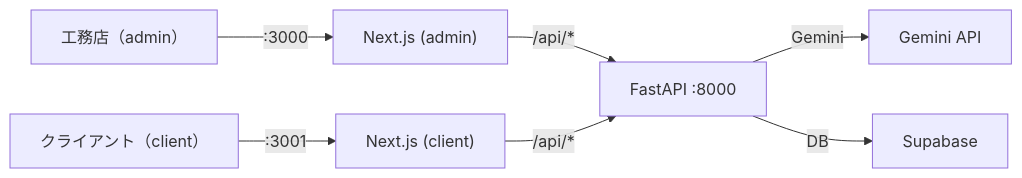
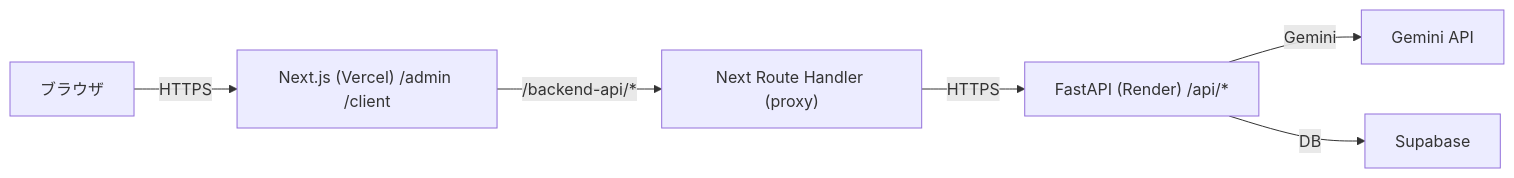
Before and after one commit to Uzy03/Hackathon_2026-3-7: the diagram in _docs/アプリケーション全体像.md, drawn with Mermaid. The commit also changed other lines of this file and 1 other file, not shown here.

````diff
--- a/_docs/アプリケーション全体像.md
+++ b/_docs/アプリケーション全体像.md
@@ -44,9 +51,8 @@
 ```mermaid
 flowchart LR
-  Admin["工務店（admin）"] -->|:3000| FE_Admin["Next.js (admin)"]
-  Client["クライアント（client）"] -->|:3001| FE_Client["Next.js (client)"]
-  FE_Admin -->|/api/*| API["FastAPI :8000"]
-  FE_Client -->|/api/*| API
+  Browser["ブラウザ"] -->|HTTPS| FE["Next.js (Vercel) /admin /client"]
+  FE -->|/backend-api/*| Proxy["Next Route Handler (proxy)"]
+  Proxy -->|HTTPS| API["FastAPI (Render) /api/*"]
   API -->|Gemini| GM["Gemini API"]
   API -->|DB| DB["Supabase"]
 ```
````
